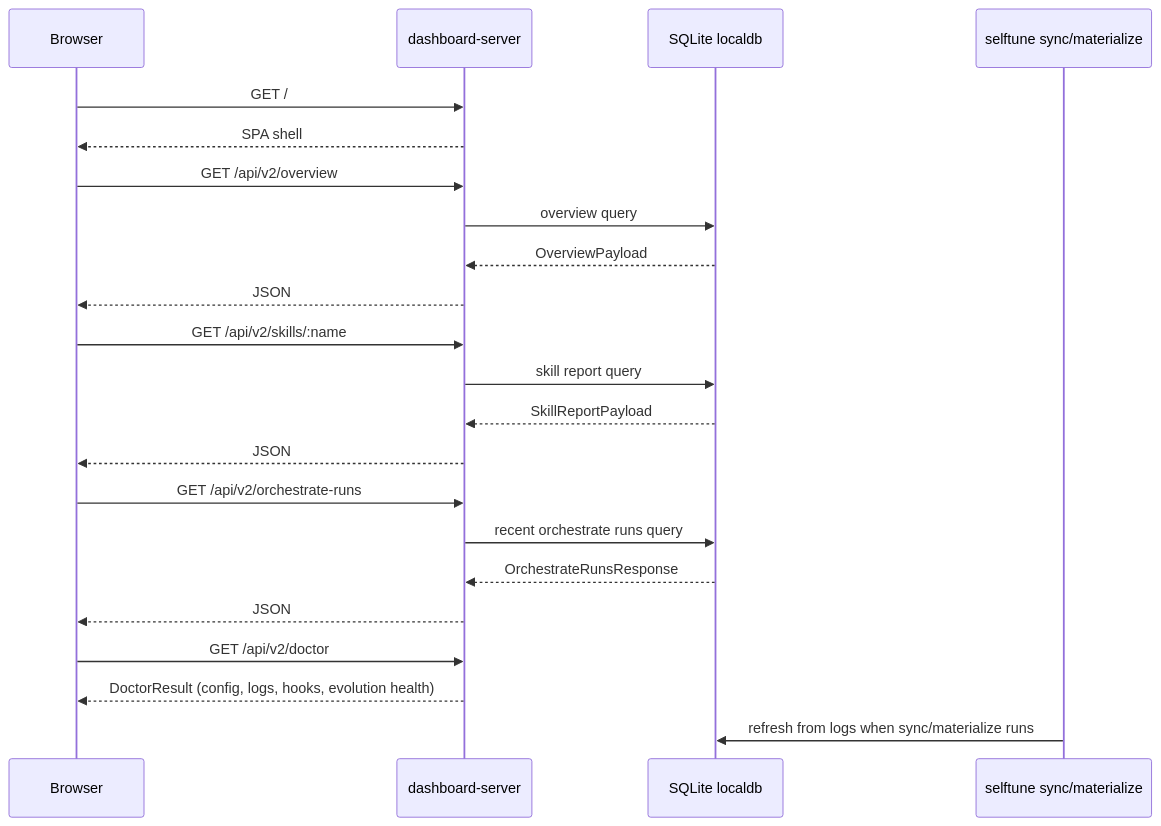
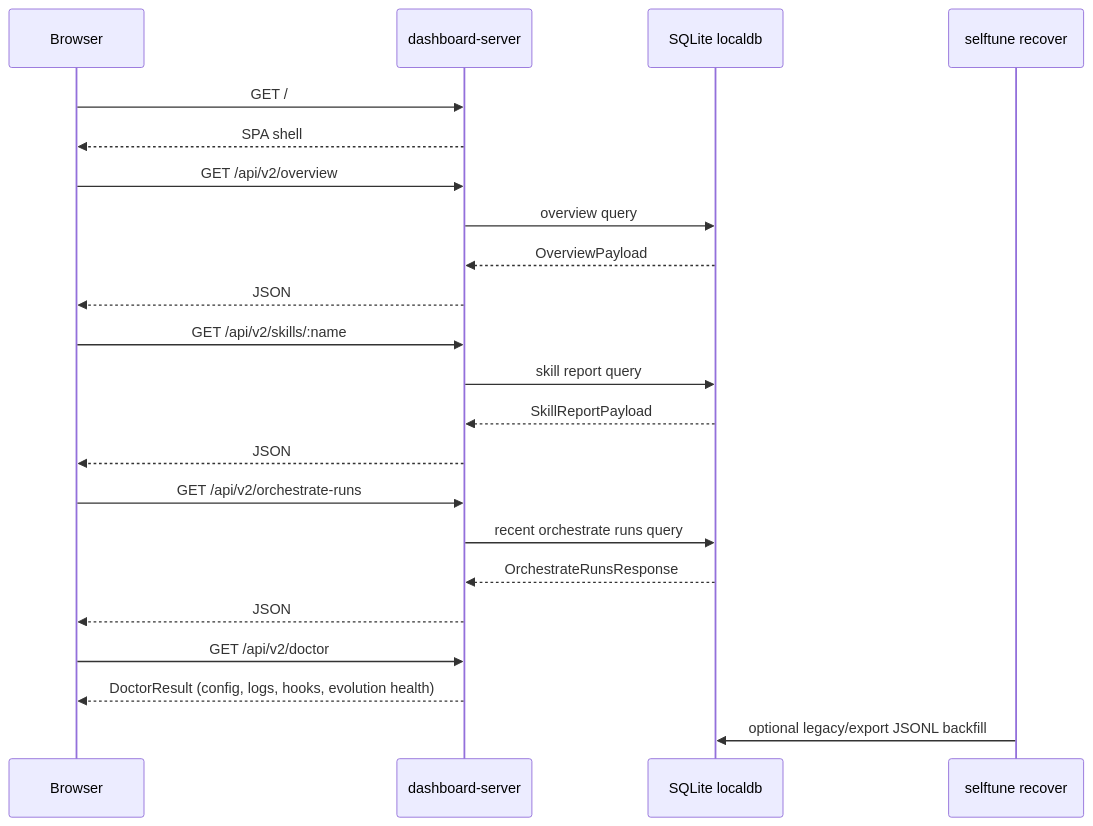
Before and after one commit to WellDunDun/selftune: the fourth of 4 diagrams in docs/design-docs/system-overview.md, drawn with Mermaid. The commit also changed other lines of this file and 29 other files, not shown here.

````diff
--- a/docs/design-docs/system-overview.md
+++ b/docs/design-docs/system-overview.md
@@ -100,25 +99,25 @@
 ```mermaid
 sequenceDiagram
   participant Browser
   participant Server as dashboard-server
   participant DB as SQLite localdb
-  participant Materializer as selftune sync/materialize
+  participant Recovery as selftune recover
 
   Browser->>Server: GET /
   Server-->>Browser: SPA shell
   Browser->>Server: GET /api/v2/overview
   Server->>DB: overview query
   DB-->>Server: OverviewPayload
   Server-->>Browser: JSON
   Browser->>Server: GET /api/v2/skills/:name
   Server->>DB: skill report query
   DB-->>Server: SkillReportPayload
   Server-->>Browser: JSON
   Browser->>Server: GET /api/v2/orchestrate-runs
   Server->>DB: recent orchestrate runs query
   DB-->>Server: OrchestrateRunsResponse
   Server-->>Browser: JSON
   Browser->>Server: GET /api/v2/doctor
   Server-->>Browser: DoctorResult (config, logs, hooks, evolution health)
-  Materializer->>DB: refresh from logs when sync/materialize runs
+  Recovery->>DB: optional legacy/export JSONL backfill
 ```
````
